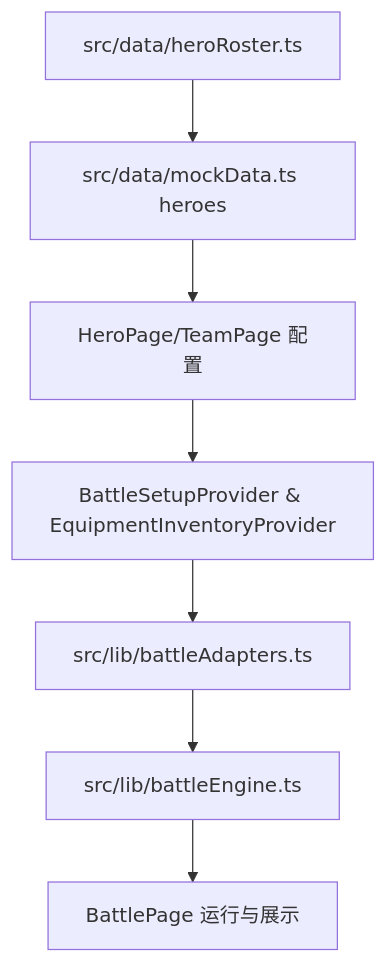
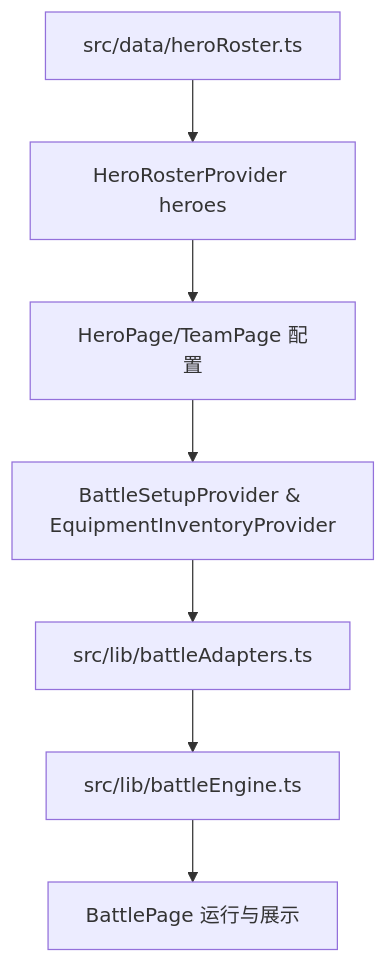
One commit to LYFQwAwQ/LostLand changed the seventh of 9 diagrams in docs/开发文档/08-架构总图与调用链图.md. Above: the diagram before and after it, drawn with Mermaid. The commit also changed other lines of this file and 48 other files, not shown here.

````diff
--- a/docs/开发文档/08-架构总图与调用链图.md
+++ b/docs/开发文档/08-架构总图与调用链图.md
@@ -111,9 +117,9 @@
 ```mermaid
 flowchart TD
-  A[src/data/heroRoster.ts] --> B[src/data/mockData.ts heroes]
+  A[src/data/heroRoster.ts] --> B[HeroRosterProvider heroes]
   B --> C[HeroPage/TeamPage 配置]
   C --> D[BattleSetupProvider & EquipmentInventoryProvider]
   D --> E[src/lib/battleAdapters.ts]
   E --> F[src/lib/battleEngine.ts]
   F --> G[BattlePage 运行与展示]
 ```
````
